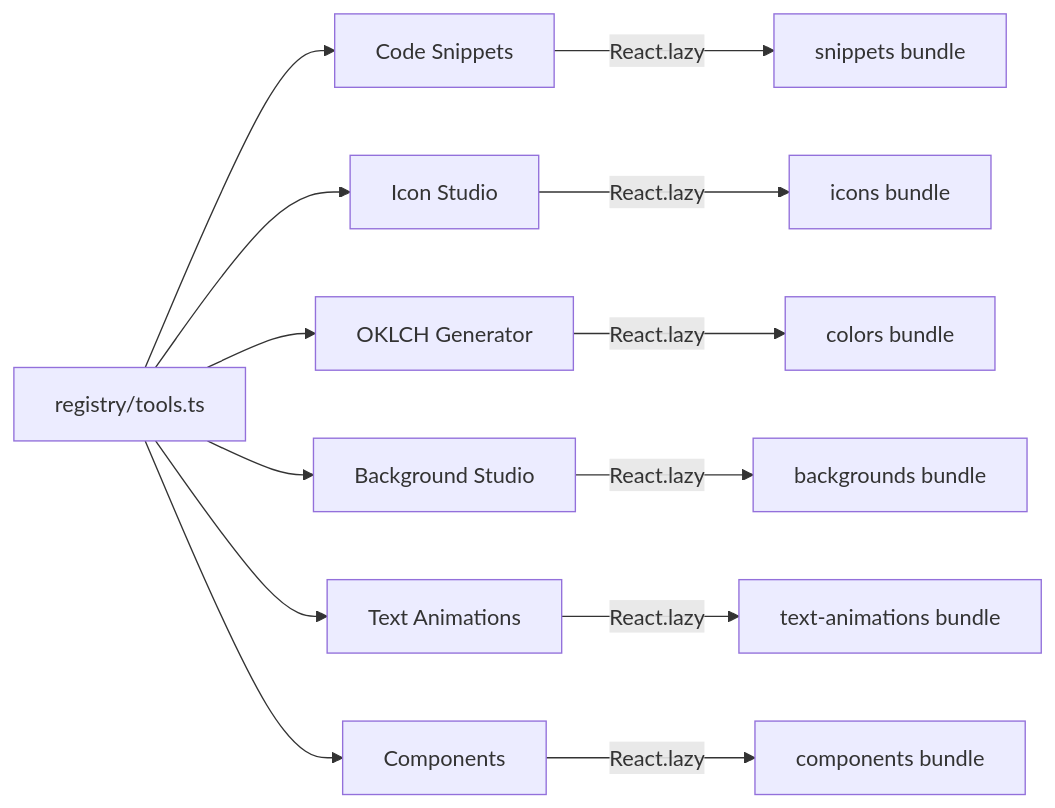
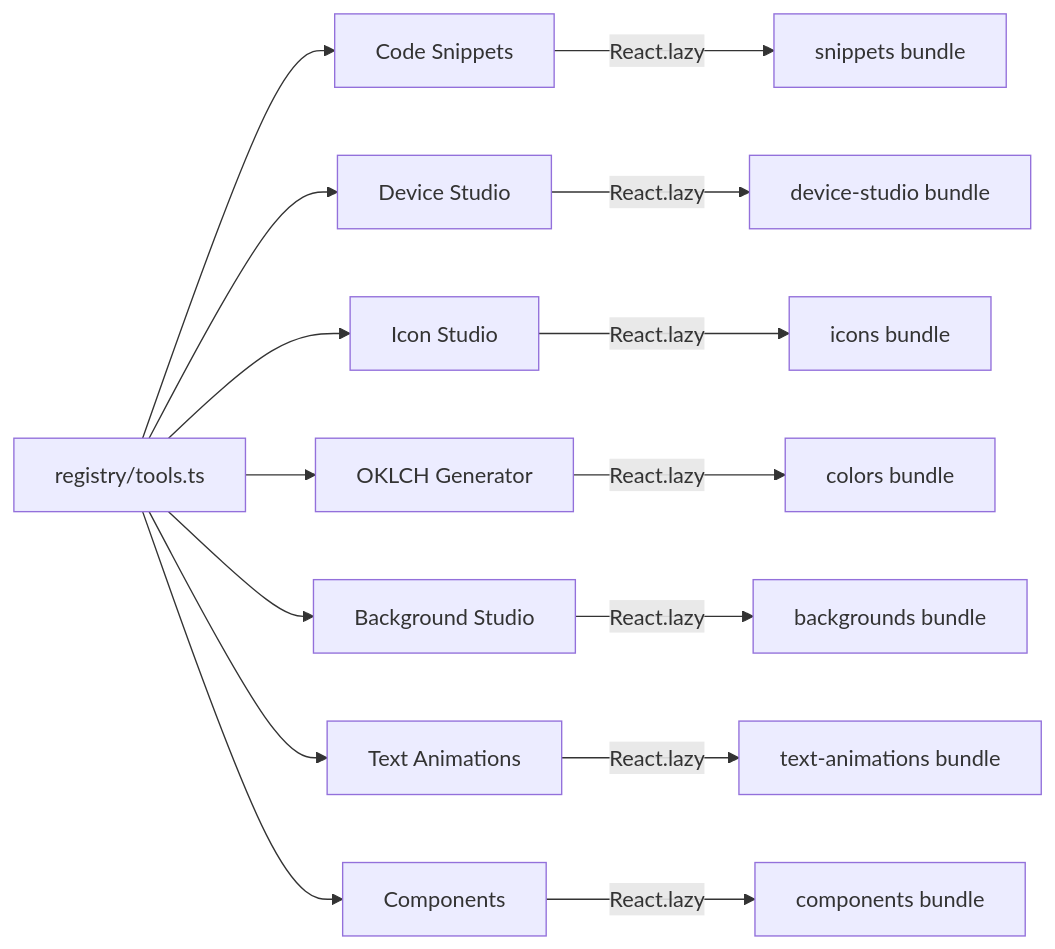
The second of 2 diagrams in README.md (slythnox/Onyx-Tools), drawn with Mermaid before and after one commit. The commit also changed other lines of this file and 17 other files, not shown here.

Commit message:
added device studio mockup thingy

````diff
--- a/README.md
+++ b/README.md
@@ -84,15 +85,17 @@
 ```mermaid
 graph LR
     R[registry/tools.ts] --> S[Code Snippets]
+    R --> DS[Device Studio]
     R --> IC[Icon Studio]
     R --> C[OKLCH Generator]
     R --> B[Background Studio]
     R --> T[Text Animations]
     R --> CO[Components]
     S --> |React.lazy| SB[snippets bundle]
+    DS --> |React.lazy| DSB[device-studio bundle]
     IC --> |React.lazy| IB[icons bundle]
     C --> |React.lazy| CB[colors bundle]
     B --> |React.lazy| BB[backgrounds bundle]
     T --> |React.lazy| TB[text-animations bundle]
     CO --> |React.lazy| COB[components bundle]
 ```
````
